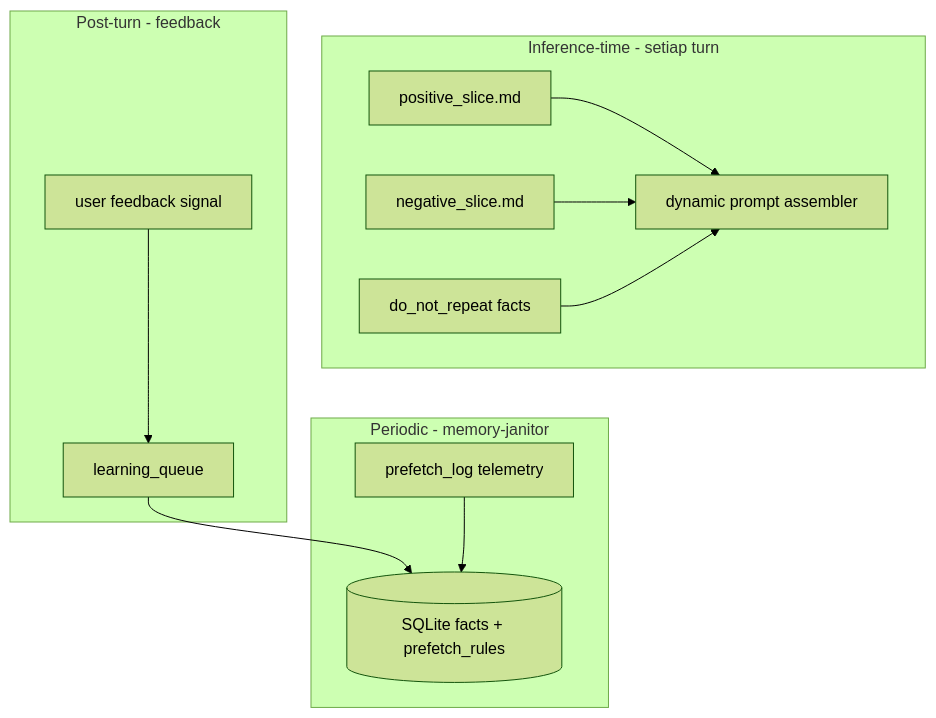
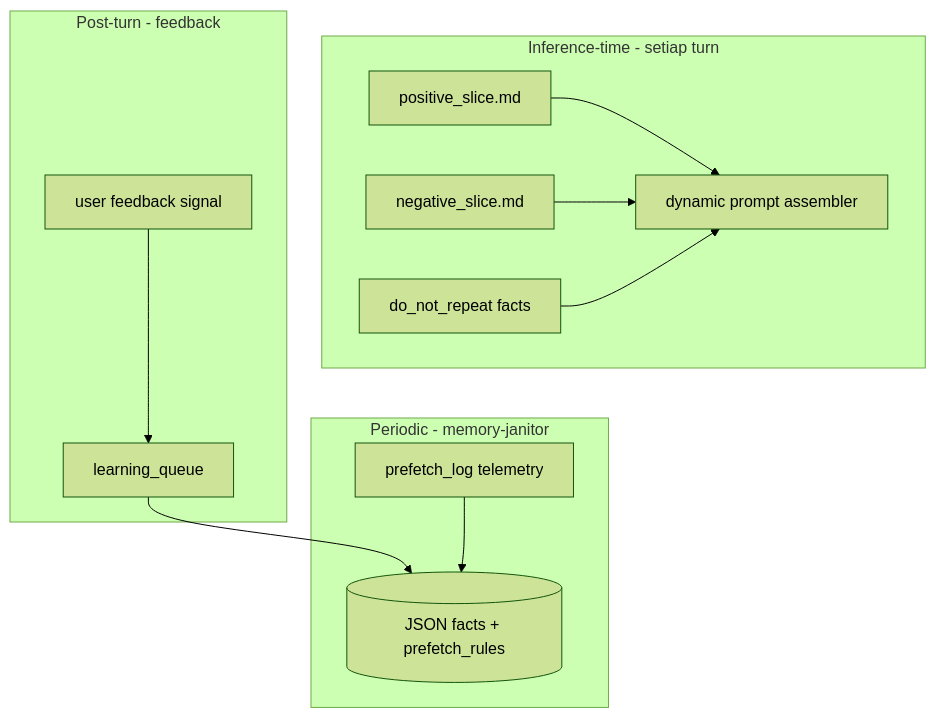
Before and after one commit to jahrulnr/sapaloq: the diagram in docs/FEEDBACK-SOP.md, drawn with Mermaid (forest theme). The commit also changed other lines of this file and 34 other files, not shown here.

````diff
--- a/docs/FEEDBACK-SOP.md
+++ b/docs/FEEDBACK-SOP.md
@@ -35,24 +35,24 @@
 ```mermaid
 flowchart TB
   subgraph inference [Inference-time - setiap turn]
     POS[positive_slice.md]
     NEG[negative_slice.md]
     DNR[do_not_repeat facts]
     DP[dynamic prompt assembler]
     POS --> DP
     NEG --> DP
     DNR --> DP
   end
 
   subgraph post [Post-turn - feedback]
     FB[user feedback signal]
     LQ[learning_queue]
     FB --> LQ
   end
 
   subgraph tune [Periodic - memory-janitor]
-    LQ --> IX[(SQLite facts + prefetch_rules)]
+    LQ --> IX[(JSON facts + prefetch_rules)]
     PL[prefetch_log telemetry]
     PL --> IX
   end
 ```
````
